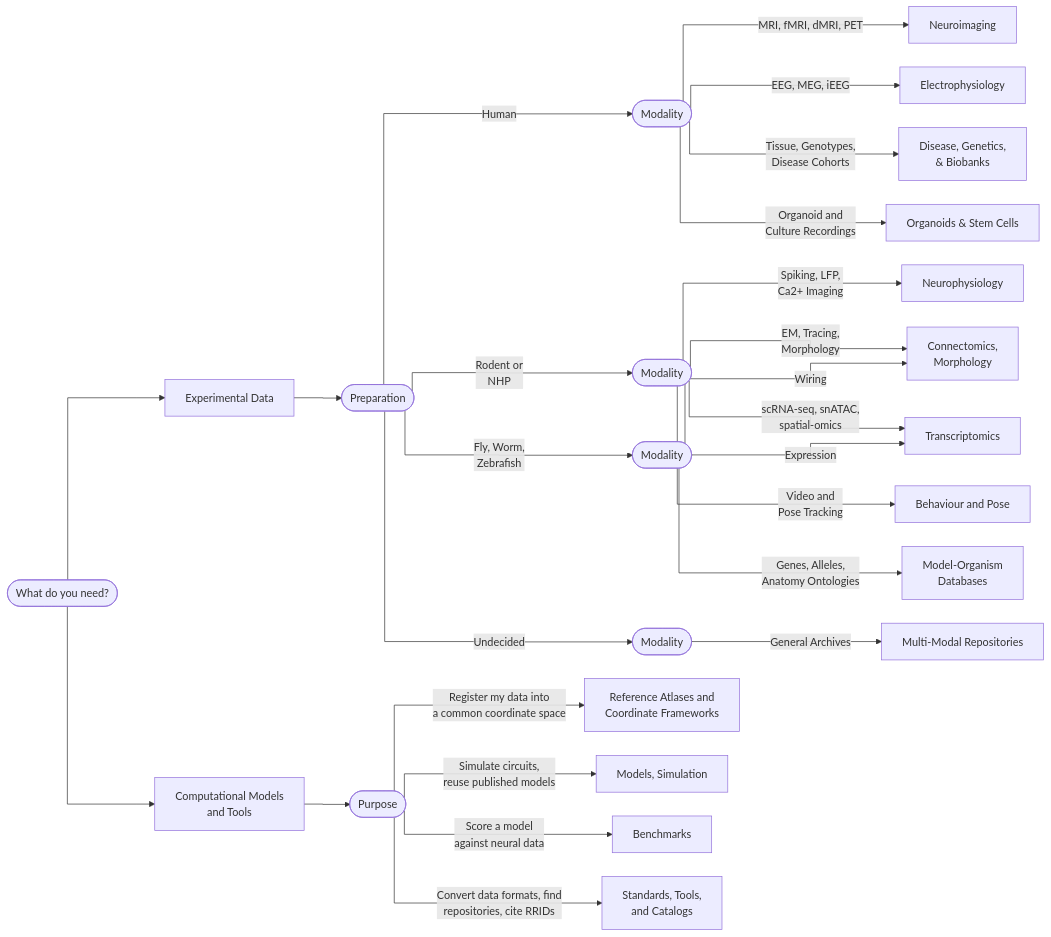
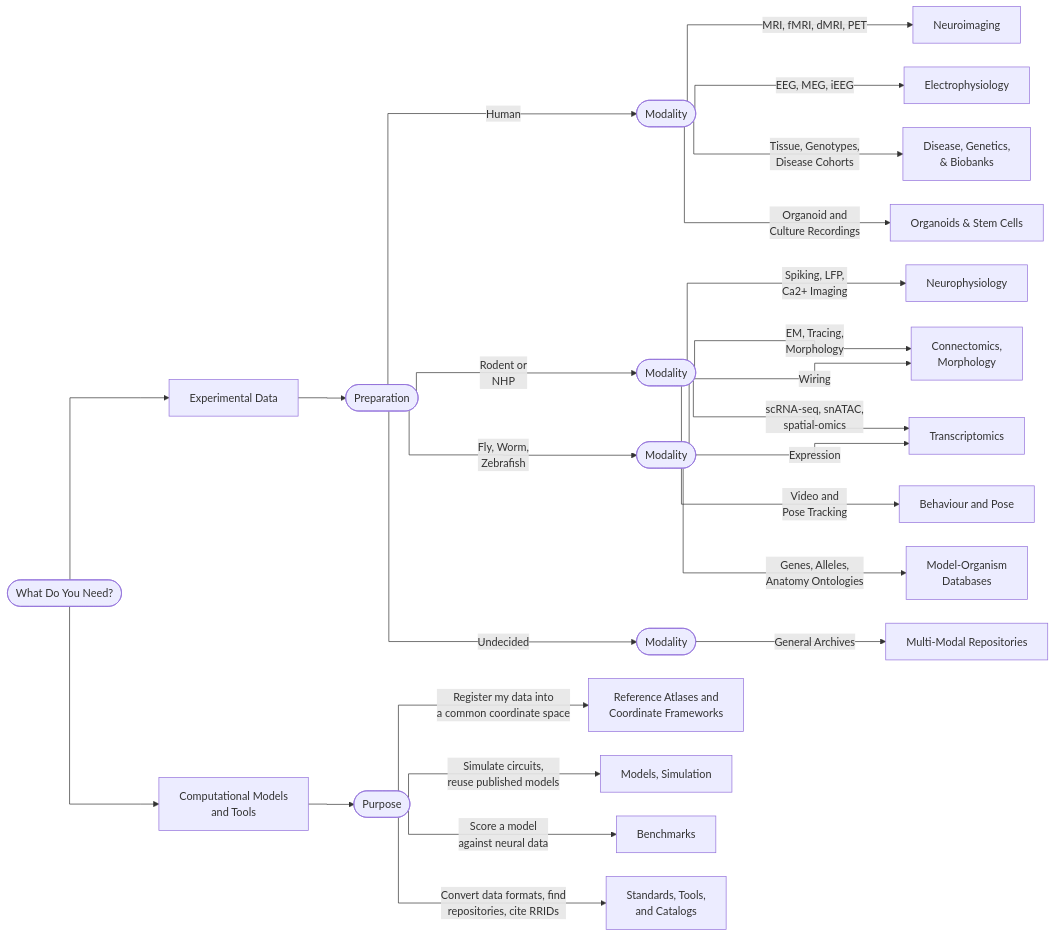
The diagram in docs/index.md (lauramedlock/neuroarchives), drawn with Mermaid before and after one commit.

Commit message:
Correct capitalization in flowchart START node

````diff
--- a/docs/index.md
+++ b/docs/index.md
@@ -41,35 +41,35 @@
 ```mermaid
 %%{init: {"flowchart": {"curve": "stepBefore", "nodeSpacing": 35, "rankSpacing": 55, "useMaxWidth": true}} }%%
 flowchart LR
-    START([What do you need?])
+    START([What Do You Need?])
     START --> EXP[Experimental Data]
     START --> MOD[Computational Models<br>and Tools]
 
     EXP --> PREP([Preparation])
     PREP -->|Human| HU([Modality])
     PREP -->|Rodent or<br>NHP| RO([Modality])
     PREP -->|Fly, Worm,<br>Zebrafish| INV([Modality])
     PREP -->|Undecided| GEN([Modality])
 
     HU -->|MRI, fMRI, dMRI, PET| E1[Neuroimaging]
     HU -->|EEG, MEG, iEEG| E2[Electrophysiology]
     HU -->|Tissue, Genotypes,<br>Disease Cohorts| E3[Disease, Genetics,<br>& Biobanks]
     HU -->|Organoid and<br>Culture Recordings| E4[Organoids & Stem Cells]
 
     RO -->|Spiking, LFP,<br>Ca2+ Imaging| E5[Neurophysiology] 
     RO -->|EM, Tracing,<br>Morphology| E6[Connectomics, <br> Morphology]
     RO -->|scRNA-seq, snATAC,<br>spatial-omics| E7[Transcriptomics]
     RO -->|Video and<br>Pose Tracking| E8[Behaviour and Pose]
 
     INV -->|Wiring| E6
     INV -->|Expression| E7
     INV -->|Genes, Alleles,<br>Anatomy Ontologies| E9[Model-Organism<br>Databases]
 
     GEN -->|General Archives| E10[Multi-Modal Repositories]
 
     MOD --> PURPOSE([Purpose])
     PURPOSE -->|Register my data into<br>a common coordinate space| M1[Reference Atlases and<br>Coordinate Frameworks]
     PURPOSE -->|Simulate circuits,<br>reuse published models| M2[Models, Simulation]
     PURPOSE -->|Score a model<br>against neural data| M4[Benchmarks]
     PURPOSE -->|Convert data formats, find<br>repositories, cite RRIDs| M3[Standards, Tools,<br>and Catalogs]
 ```
````
